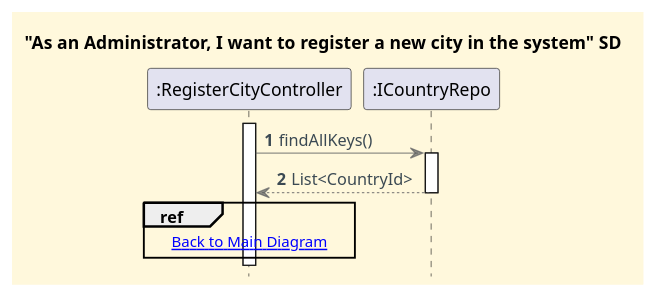
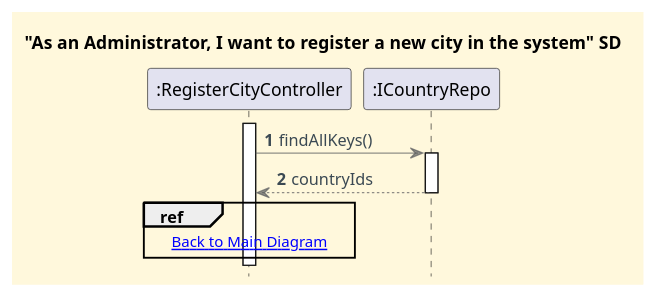
The diagram in docs/functionalities/admin/register-city/sd-ref-diagrams/Get_Country_Ids.puml (CarolinaLeite-collab/JavaMarketplacePlatform), drawn with PlantUML before and after one commit. The commit also changed 2 other files, not shown here.

```diff
--- a/docs/functionalities/admin/register-city/sd-ref-diagrams/Get_Country_Ids.puml
+++ b/docs/functionalities/admin/register-city/sd-ref-diagrams/Get_Country_Ids.puml
@@ -1,30 +1,30 @@
 @startuml
 title "As an Administrator, I want to register a new city in the system" SD
 
 '==== basic style ====
 skinparam monochrome false
 skinparam defaultFontName Futura
 skinparam objectFontSize 20
 skinparam backgroundColor CornSilk
 skinparam objectBackgroundColor WhiteSmoke
 skinparam noteBackgroundColor #FFFFE0
 skinparam ArrowFontColor #3B4953
 skinparam ArrowColor #57595BAA
 
 autonumber
 autoactivate off
 hidefootbox
 
 participant ":RegisterCityController" as CTL
 participant ":ICountryRepo" as REPO
 
 activate CTL
 CTL -> REPO : findAllKeys()
 activate REPO
-REPO --> CTL : List<CountryId>
+REPO --> CTL : countryIds
 deactivate REPO
 
 ref over CTL
 [[../Register_City_SD.puml Back to Main Diagram]]
 end ref
 @enduml
```
